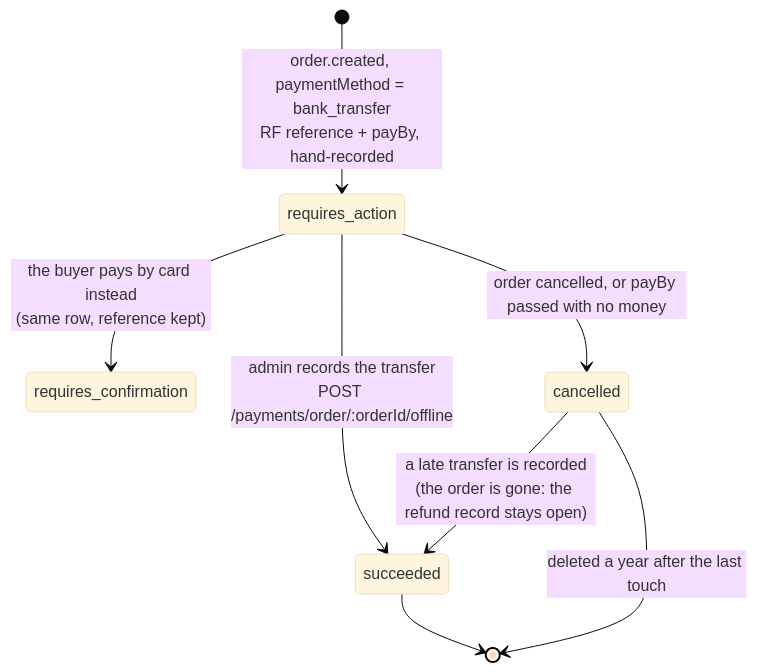
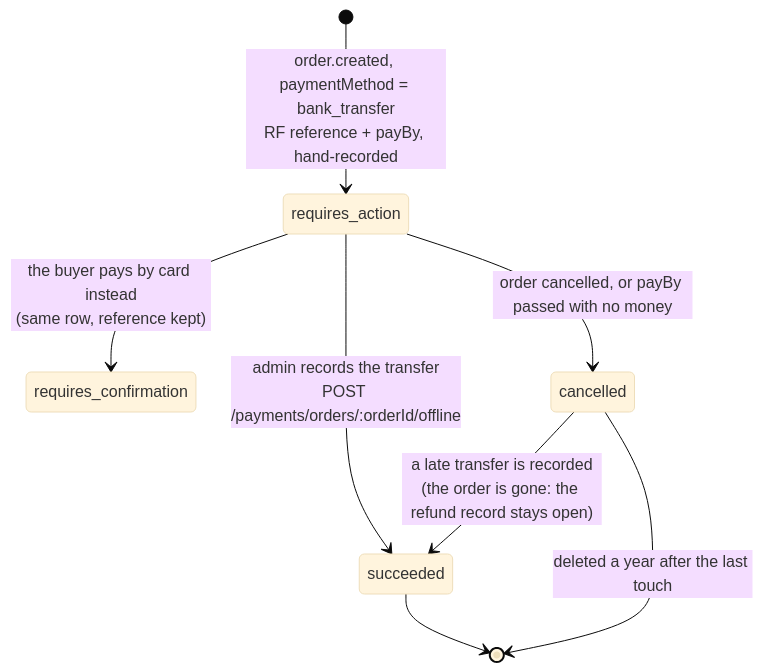
The eighth of 12 diagrams in docs/modules/payments.md (Guebbit/boilerplate-node-backend), drawn with Mermaid (base theme) before and after one commit. The commit also changed other lines of this file and 45 other files, not shown here.

First line of the commit message:
feat(payments)!: plural /payments/orders/{orderId} and /delivery/orders/{orderId}

````diff
--- a/docs/modules/payments.md
+++ b/docs/modules/payments.md
@@ -455,10 +455,10 @@
 ```mermaid
 stateDiagram-v2
     [*] --> requires_action: order.created, paymentMethod = bank_transfer<br/>RF reference + payBy, hand-recorded
-    requires_action --> succeeded: admin records the transfer<br/>POST /payments/order/:orderId/offline
+    requires_action --> succeeded: admin records the transfer<br/>POST /payments/orders/:orderId/offline
     requires_action --> requires_confirmation: the buyer pays by card instead<br/>(same row, reference kept)
     requires_action --> cancelled: order cancelled, or payBy passed with no money
     cancelled --> succeeded: a late transfer is recorded<br/>(the order is gone: the refund record stays open)
     succeeded --> [*]
     cancelled --> [*]: deleted a year after the last touch
 ```
````
